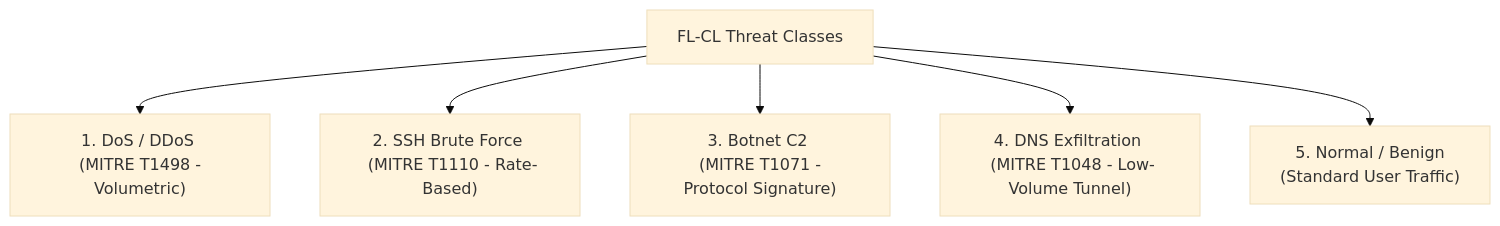
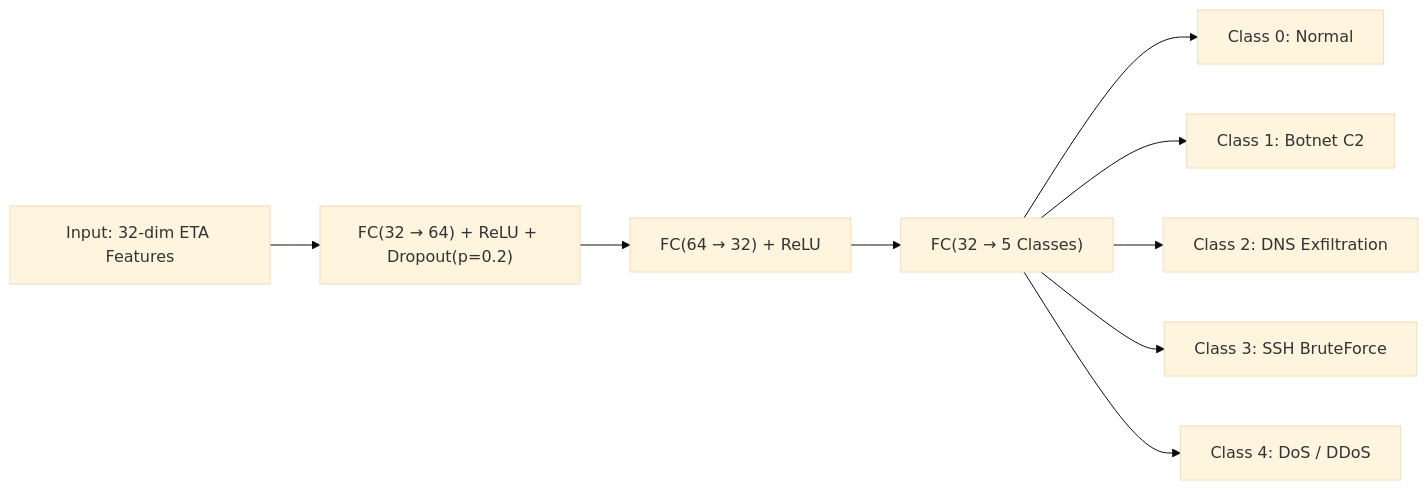
Before and after one commit to rhaffle87/fl-cl: diagram 14 of 26 in docs/paper/research_paper.md, drawn with Mermaid (base theme). The commit also changed other lines of this file and 30 other files, not shown here.

Commit message:
feat: implement multi-architecture threat classification models and expand project documentation infrastructure

````diff
--- a/docs/paper/research_paper.md
+++ b/docs/paper/research_paper.md
@@ -1047,9 +614,11 @@
 ```mermaid
-graph TD
- Attack[FL-CL Threat Classes]
- Attack --> DoS["1. DoS / DDoS <br> (MITRE T1498 - Volumetric)"]
- Attack --> SSH["2. SSH Brute Force <br> (MITRE T1110 - Rate-Based)"]
- Attack --> Botnet["3. Botnet C2 <br> (MITRE T1071 - Protocol Signature)"]
- Attack --> DNS["4. DNS Exfiltration <br> (MITRE T1048 - Low-Volume Tunnel)"]
- Attack --> Normal["5. Normal / Benign <br> (Standard User Traffic)"]
+flowchart LR
+    In["Input: 32-dim ETA Features"] --> FC1["FC(32 → 64) + ReLU + Dropout(p=0.2)"]
+    FC1 --> FC2["FC(64 → 32) + ReLU"]
+    FC2 --> FC3["FC(32 → 5 Classes)"]
+    FC3 --> C0["Class 0: Normal"]
+    FC3 --> C1["Class 1: Botnet C2"]
+    FC3 --> C2["Class 2: DNS Exfiltration"]
+    FC3 --> C3["Class 3: SSH BruteForce"]
+    FC3 --> C4["Class 4: DoS / DDoS"]
 ```
````
